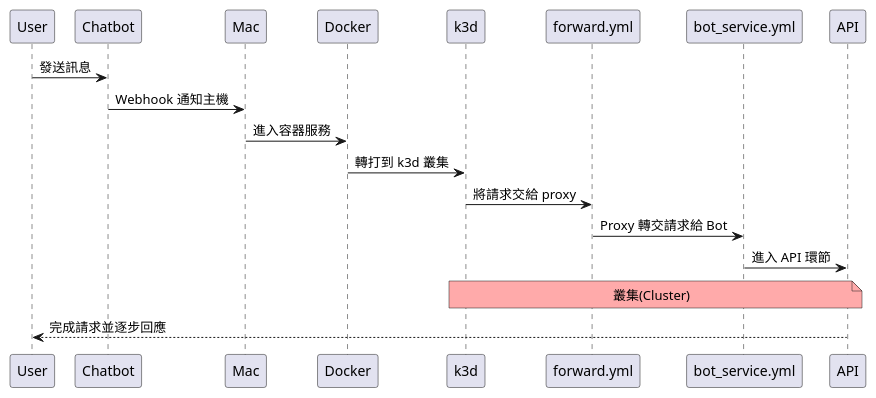
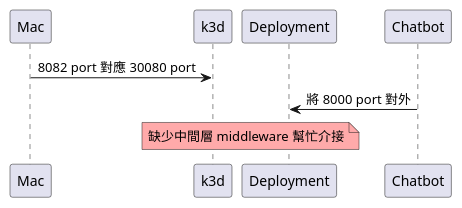
Before and after one commit to louis70109/nijia-blog-backup: the diagram in source/diagrams/src/pleague.wsd, drawn with PlantUML. The commit also changed 5 other files, not shown here.

```diff
--- a/source/diagrams/src/pleague.wsd
+++ b/source/diagrams/src/pleague.wsd
@@ -1,13 +1,7 @@
 @startuml
-User->Chatbot: 發送訊息
-Chatbot->Mac: Webhook 通知主機
-Mac->Docker: 進入容器服務
-Docker->k3d: 轉打到 k3d 叢集
+Mac->k3d: 8082 port 對應 30080 port
 
-k3d->forward.yml: 將請求交給 proxy
-forward.yml->bot_service.yml: Proxy 轉交請求給 Bot
-bot_service.yml->API: 進入 API 環節
-note over k3d, API #FFAAAA: 叢集(Cluster)
 
-API-->User: 完成請求並逐步回應
+Deployment<-Chatbot: 將 8000 port 對外
+note over k3d, Deployment #FFAAAA: 缺少中間層 middleware 幫忙介接
 @enduml
```
